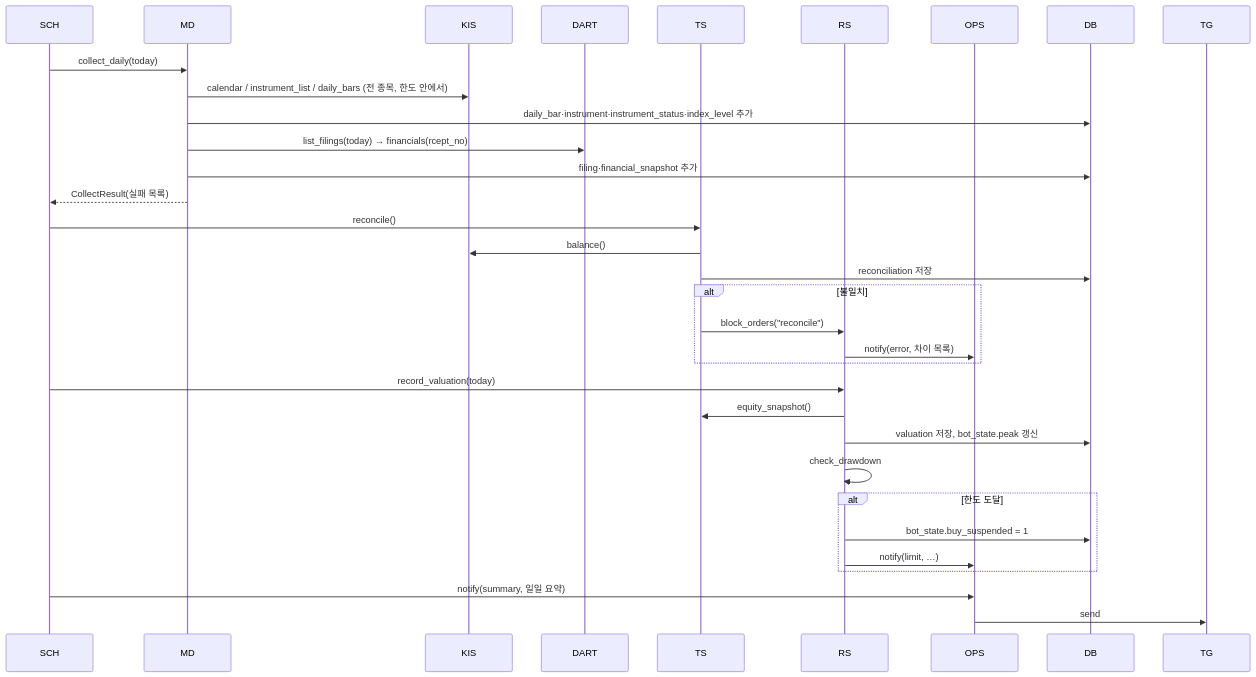
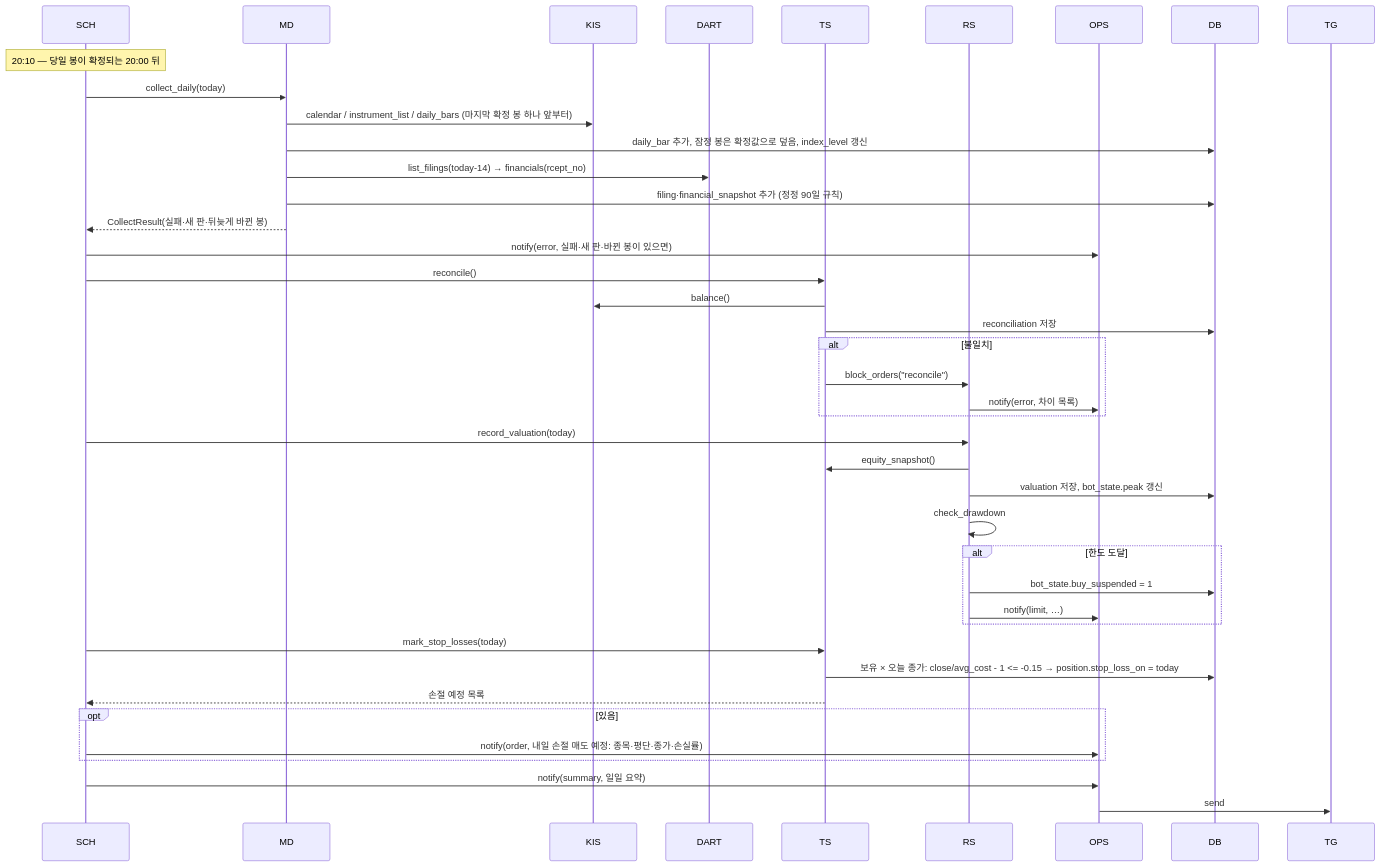
One commit to HoyoungParkme/quant-rebalance-bot changed the first of 6 diagrams in docs/specs/09-SEQ/QBOT-SEQ-001.md. Above: the diagram before and after it, drawn with Mermaid. The commit also changed other lines of this file, not shown here.

````diff
--- a/docs/specs/09-SEQ/QBOT-SEQ-001.md
+++ b/docs/specs/09-SEQ/QBOT-SEQ-001.md
@@ -41,34 +43,42 @@
 ```mermaid
 sequenceDiagram
   participant SCH
   participant MD
   participant KIS
   participant DART
   participant TS
   participant RS
   participant OPS
   participant DB
+  Note over SCH: 20:10 — 당일 봉이 확정되는 20:00 뒤
   SCH->>MD: collect_daily(today)
-  MD->>KIS: calendar / instrument_list / daily_bars (전 종목, 한도 안에서)
-  MD->>DB: daily_bar·instrument·instrument_status·index_level 추가
-  MD->>DART: list_filings(today) → financials(rcept_no)
-  MD->>DB: filing·financial_snapshot 추가
-  MD-->>SCH: CollectResult(실패 목록)
+  MD->>KIS: calendar / instrument_list / daily_bars (마지막 확정 봉 하나 앞부터)
+  MD->>DB: daily_bar 추가, 잠정 봉은 확정값으로 덮음, index_level 갱신
+  MD->>DART: list_filings(today-14) → financials(rcept_no)
+  MD->>DB: filing·financial_snapshot 추가 (정정 90일 규칙)
+  MD-->>SCH: CollectResult(실패·새 판·뒤늦게 바뀐 봉)
+  SCH->>OPS: notify(error, 실패·새 판·바뀐 봉이 있으면)
   SCH->>TS: reconcile()
   TS->>KIS: balance()
   TS->>DB: reconciliation 저장
   alt 불일치
     TS->>RS: block_orders("reconcile")
     RS->>OPS: notify(error, 차이 목록)
   end
   SCH->>RS: record_valuation(today)
   RS->>TS: equity_snapshot()
   RS->>DB: valuation 저장, bot_state.peak 갱신
   RS->>RS: check_drawdown
   alt 한도 도달
     RS->>DB: bot_state.buy_suspended = 1
     RS->>OPS: notify(limit, …)
   end
+  SCH->>TS: mark_stop_losses(today)
+  TS->>DB: 보유 × 오늘 종가: close/avg_cost - 1 <= -0.15 → position.stop_loss_on = today
+  TS-->>SCH: 손절 예정 목록
+  opt 있음
+    SCH->>OPS: notify(order, 내일 손절 매도 예정: 종목·평단·종가·손실률)
+  end
   SCH->>OPS: notify(summary, 일일 요약)
   OPS->>TG: send
 ```
````
